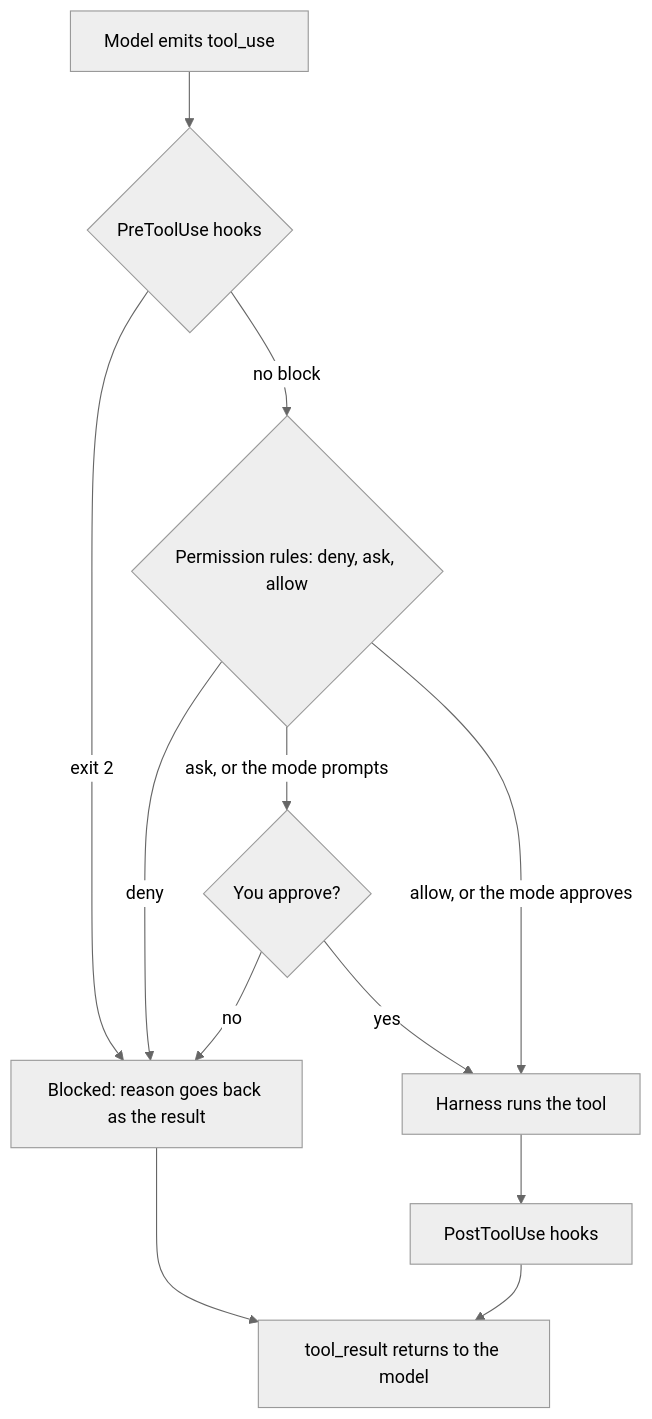
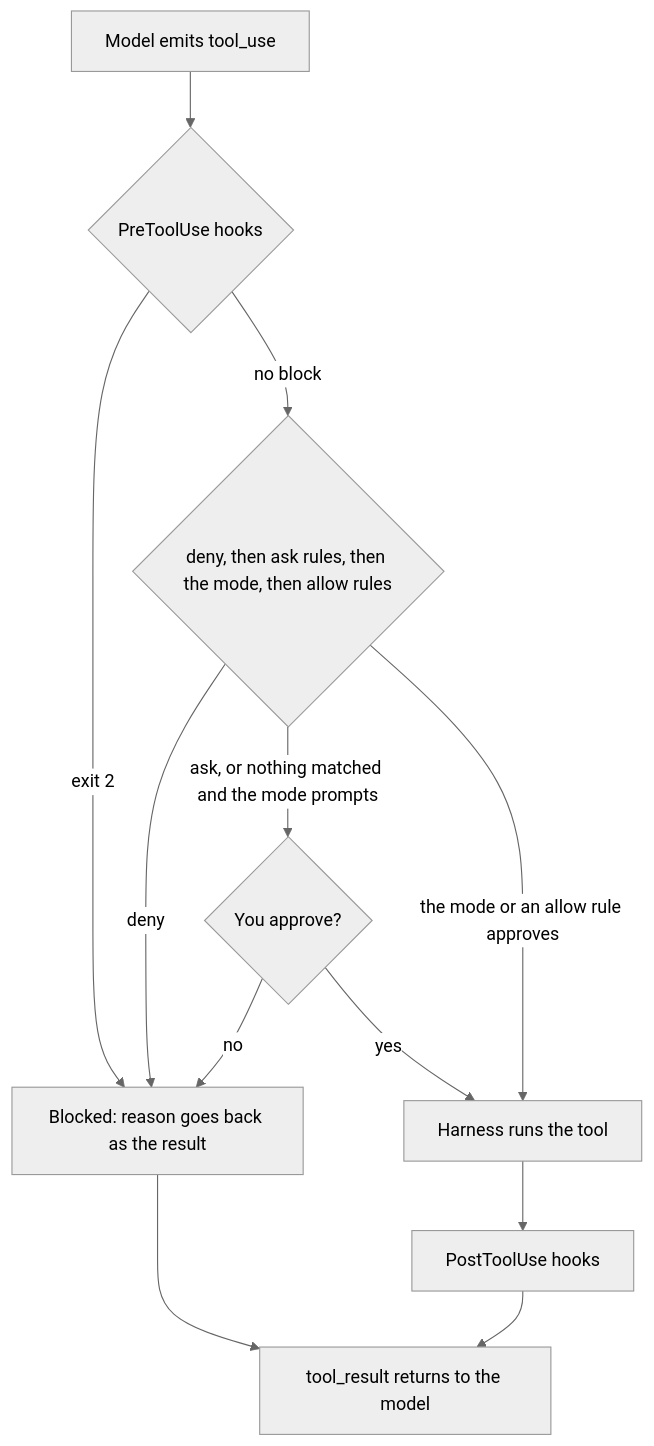
Before and after one commit to Tamircohen28/ai-native-dev-guide: the second of 2 diagrams in book/03-the-agentic-loop-and-tool-use.md, drawn with Mermaid (neutral theme). The commit also changed other lines of this file and 55 other files, not shown here.

First line of the commit message:
feat(book): harness architecture, extension model and three workshop guides (#4)

````diff
--- a/book/03-the-agentic-loop-and-tool-use.md
+++ b/book/03-the-agentic-loop-and-tool-use.md
@@ -250,14 +250,14 @@
 ```mermaid
 flowchart TD
     A["Model emits tool_use"] --> B{"PreToolUse hooks"}
     B -->|"exit 2"| X["Blocked: reason goes back as the result"]
-    B -->|"no block"| C{"Permission rules: deny, ask, allow"}
+    B -->|"no block"| C{"deny, then ask rules, then the mode, then allow rules"}
     C -->|"deny"| X
-    C -->|"ask, or the mode prompts"| D{"You approve?"}
-    C -->|"allow, or the mode approves"| E["Harness runs the tool"]
+    C -->|"ask, or nothing matched and the mode prompts"| D{"You approve?"}
+    C -->|"the mode or an allow rule approves"| E["Harness runs the tool"]
     D -->|"no"| X
     D -->|"yes"| E
     E --> F["PostToolUse hooks"]
     F --> G["tool_result returns to the model"]
     X --> G
 ```
````
